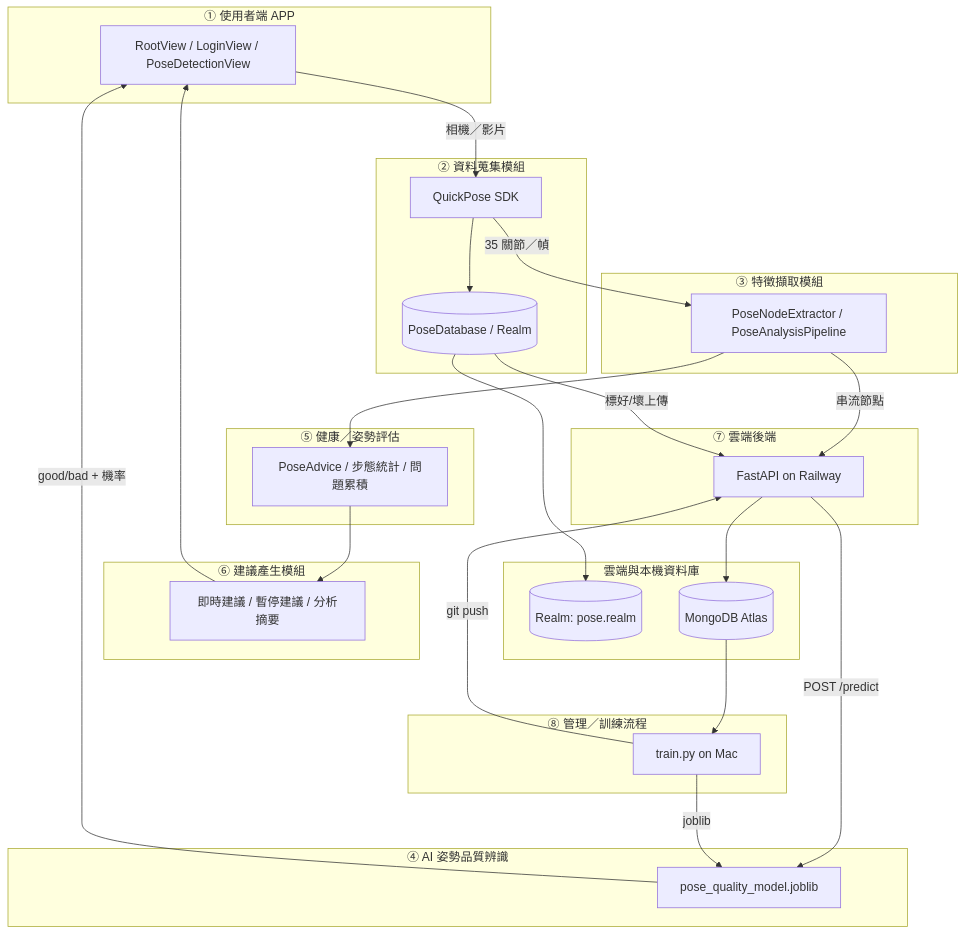
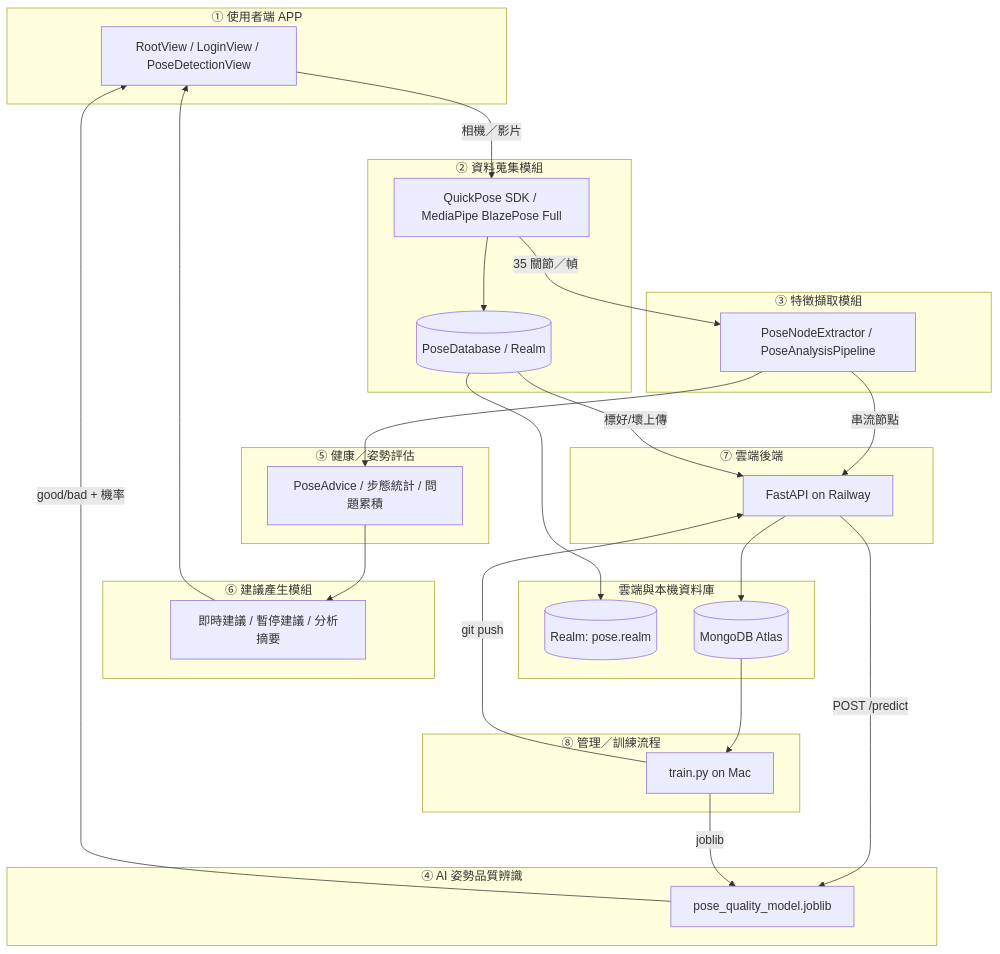
One commit to 789632145ray-create/pose changed the first of 2 diagrams in ARCHITECTURE.md. Above: the diagram before and after it, drawn with Mermaid. The commit also changed other lines of this file and 6 other files, not shown here.

First line of the commit message:
Add MediaPipe BlazePose Full as a detection engine

````diff
--- a/ARCHITECTURE.md
+++ b/ARCHITECTURE.md
@@ -29,56 +29,56 @@
 ```mermaid
 flowchart TB
     subgraph M1["① 使用者端 APP"]
         UI[RootView / LoginView / PoseDetectionView]
     end
 
     subgraph M2["② 資料蒐集模組"]
-        QP[QuickPose SDK]
+        QP[QuickPose SDK / MediaPipe BlazePose Full]
         DB[(PoseDatabase / Realm)]
     end
 
     subgraph M3["③ 特徵擷取模組"]
         EX[PoseNodeExtractor / PoseAnalysisPipeline]
     end
 
     subgraph M4["④ AI 姿勢品質辨識"]
         RF[pose_quality_model.joblib]
     end
 
     subgraph M5["⑤ 健康／姿勢評估"]
         EV[PoseAdvice / 步態統計 / 問題累積]
     end
 
     subgraph M6["⑥ 建議產生模組"]
         SG[即時建議 / 暫停建議 / 分析摘要]
     end
 
     subgraph M7["⑦ 雲端後端"]
         API[FastAPI on Railway]
     end
 
     subgraph M8["⑧ 管理／訓練流程"]
         TR[train.py on Mac]
     end
 
     subgraph DATA["雲端與本機資料庫"]
         R[(Realm: pose.realm)]
         M[(MongoDB Atlas)]
     end
 
     UI -->|相機／影片| QP
     QP -->|35 關節／幀| EX
     EX --> EV
     EV --> SG
     SG --> UI
     QP --> DB
     DB --> R
     EX -->|串流節點| API
     API -->|POST /predict| RF
     RF -->|good/bad + 機率| UI
     DB -->|標好/壞上傳| API
     API --> M
     M --> TR
     TR -->|joblib| RF
     TR -->|git push| API
 ```
````
